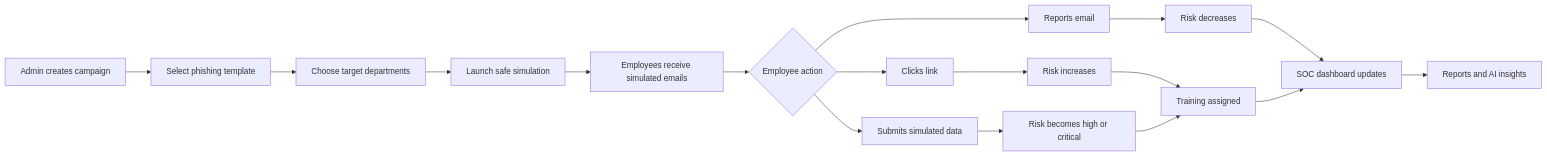
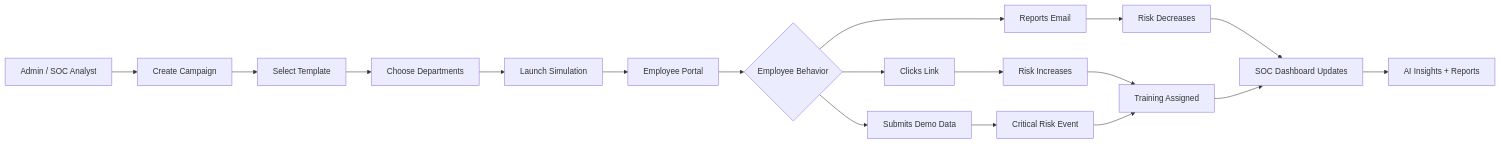
Before and after one commit to LALITHD-21/PISHNET-AI: the first of 3 diagrams in README.md, drawn with Mermaid. The commit also changed other lines of this file, not shown here.

````diff
--- a/README.md
+++ b/README.md
@@ -82,19 +116,20 @@
 ```mermaid
 flowchart LR
-    A["Admin creates campaign"] --> B["Select phishing template"]
-    B --> C["Choose target departments"]
-    C --> D["Launch safe simulation"]
-    D --> E["Employees receive simulated emails"]
-    E --> F{"Employee action"}
-    F --> G["Reports email"]
-    F --> H["Clicks link"]
-    F --> I["Submits simulated data"]
-    G --> J["Risk decreases"]
-    H --> K["Risk increases"]
-    I --> L["Risk becomes high or critical"]
-    K --> M["Training assigned"]
-    L --> M
-    J --> N["SOC dashboard updates"]
+    A["Admin / SOC Analyst"] --> B["Create Campaign"]
+    B --> C["Select Template"]
+    C --> D["Choose Departments"]
+    D --> E["Launch Simulation"]
+    E --> F["Employee Portal"]
+    F --> G{"Employee Behavior"}
+    G --> H["Reports Email"]
+    G --> I["Clicks Link"]
+    G --> J["Submits Demo Data"]
+    H --> K["Risk Decreases"]
+    I --> L["Risk Increases"]
+    J --> M["Critical Risk Event"]
+    L --> N["Training Assigned"]
     M --> N
-    N --> O["Reports and AI insights"]
+    K --> O["SOC Dashboard Updates"]
+    N --> O
+    O --> P["AI Insights + Reports"]
 ```
````
